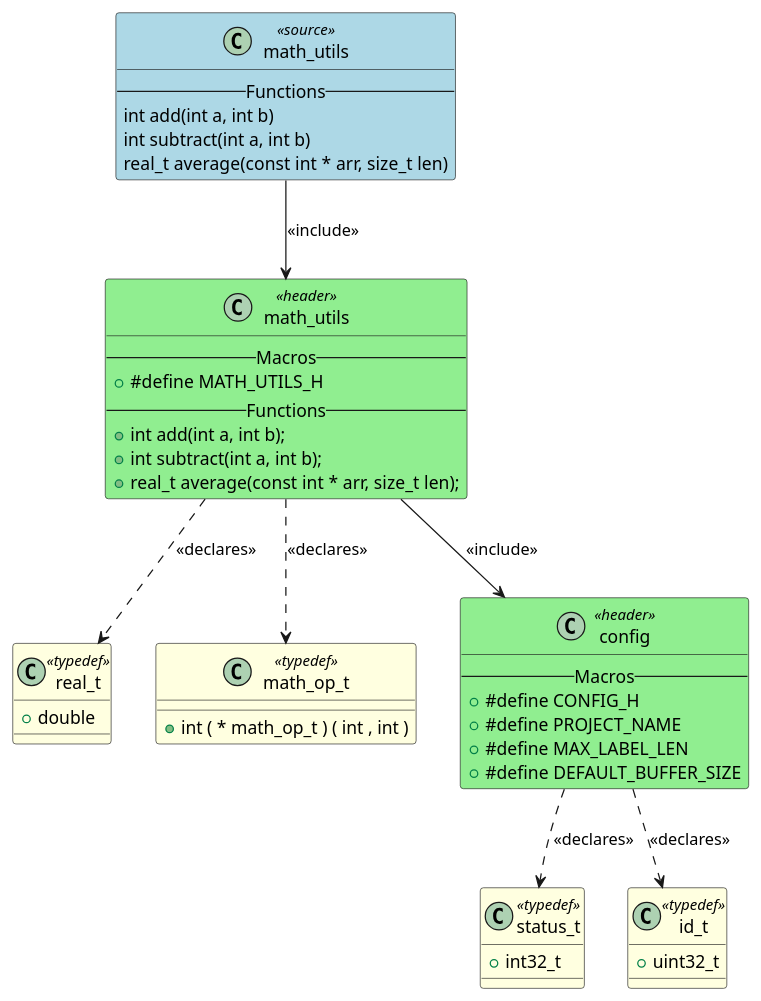
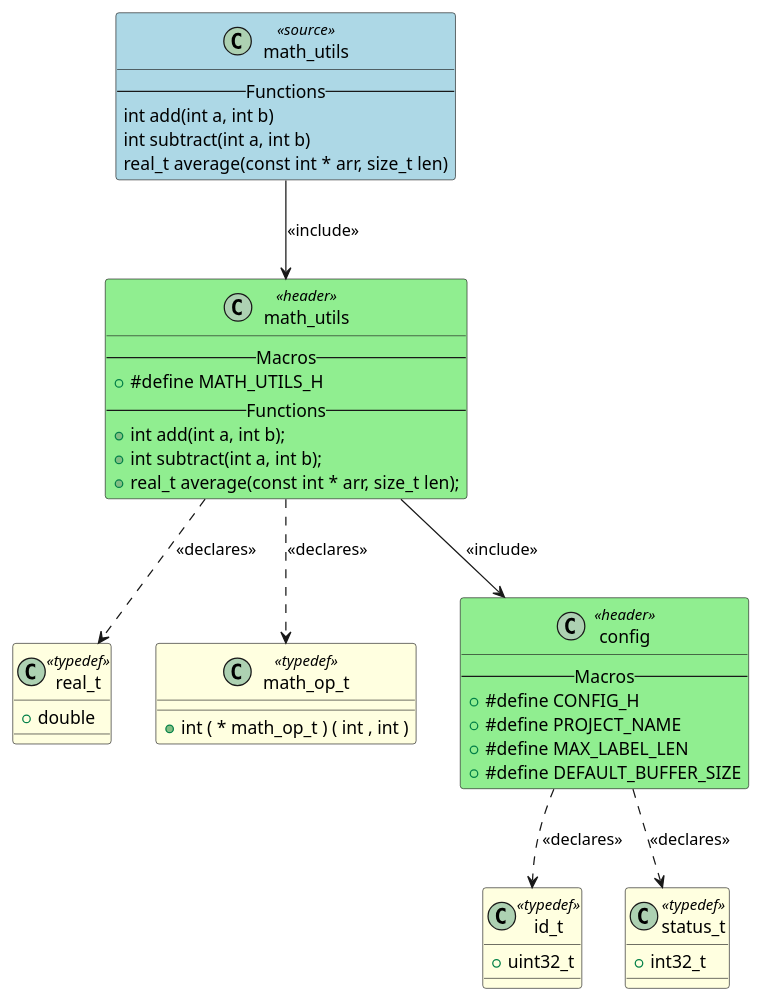
The diagram in output/math_utils.puml (fischerjooo/c2puml), drawn with PlantUML before and after one commit. The commit also changed other lines of this file and 12 other files, not shown here.

```diff
--- a/output/math_utils.puml
+++ b/output/math_utils.puml
@@ -1,55 +1,55 @@
 @startuml math_utils
 
 class "math_utils" as MATH_UTILS <<source>> #LightBlue
 {
 -- Functions --
 int add(int a, int b)
 int subtract(int a, int b)
 real_t average(const int * arr, size_t len)
 }
 
 class "real_t" as TYPEDEF_REAL_T <<typedef>> #LightYellow
 {
 + double
 }
 
 class "math_op_t" as TYPEDEF_MATH_OP_T <<typedef>> #LightYellow
 {
 + int ( * math_op_t ) ( int , int )
 }
 
+class "id_t" as TYPEDEF_ID_T <<typedef>> #LightYellow
+{
++ uint32_t
+}
+
 class "status_t" as TYPEDEF_STATUS_T <<typedef>> #LightYellow
 {
 + int32_t
-}
-
-class "id_t" as TYPEDEF_ID_T <<typedef>> #LightYellow
-{
-+ uint32_t
 }
 
 class "math_utils" as HEADER_MATH_UTILS <<header>> #LightGreen
 {
 -- Macros --
 + #define MATH_UTILS_H
 -- Functions --
 + int add(int a, int b);
 + int subtract(int a, int b);
 + real_t average(const int * arr, size_t len);
 }
 class "config" as HEADER_CONFIG <<header>> #LightGreen
 {
 -- Macros --
 + #define CONFIG_H
 + #define PROJECT_NAME
 + #define MAX_LABEL_LEN
 + #define DEFAULT_BUFFER_SIZE
 }
 MATH_UTILS --> HEADER_MATH_UTILS : <<include>>
 HEADER_MATH_UTILS --> HEADER_CONFIG : <<include>>
 HEADER_MATH_UTILS ..> TYPEDEF_REAL_T : <<declares>>
 HEADER_MATH_UTILS ..> TYPEDEF_MATH_OP_T : <<declares>>
 HEADER_CONFIG ..> TYPEDEF_ID_T : <<declares>>
 HEADER_CONFIG ..> TYPEDEF_STATUS_T : <<declares>>
 
 @enduml
```
